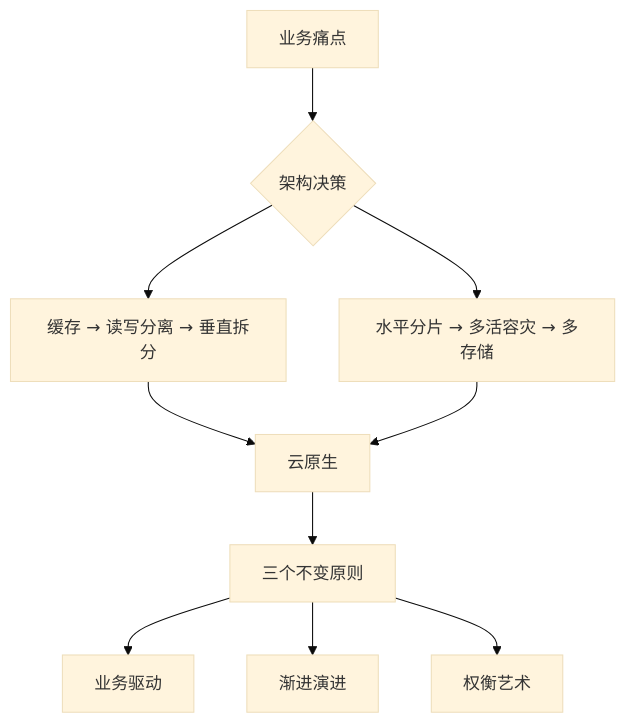
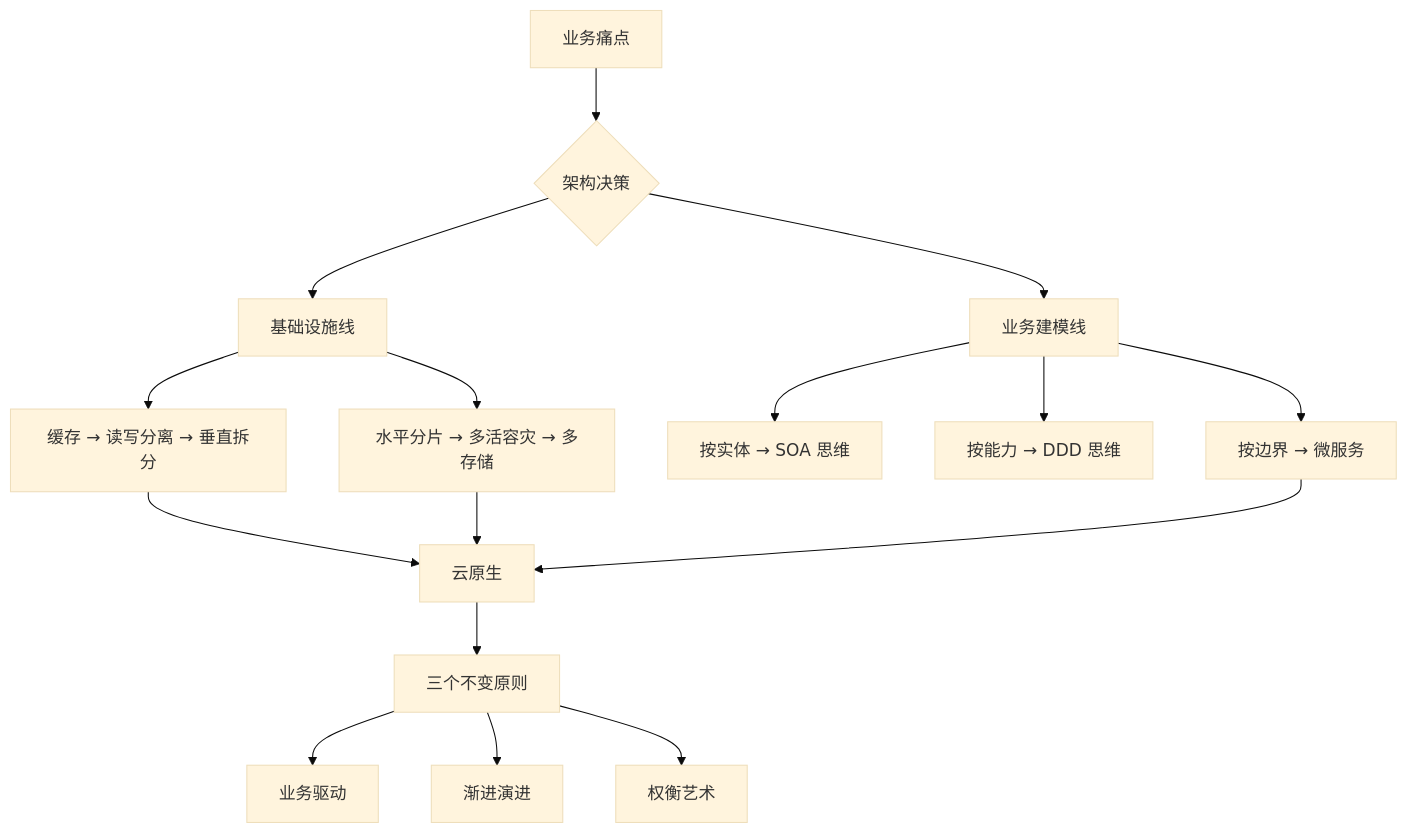
Before and after one commit to wb04307201/wb04307201: the second of 2 diagrams in note/14.story/02-system-architecture-evolution.md, drawn with Mermaid (base theme). The commit also changed other lines of this file and 107 other files, not shown here.

````diff
--- a/note/14.story/02-system-architecture-evolution.md
+++ b/note/14.story/02-system-architecture-evolution.md
@@ -242,12 +362,18 @@
 ```mermaid
 graph TD
     A[业务痛点] --> B{架构决策}
-    B --> C[缓存 → 读写分离 → 垂直拆分]
-    B --> D[水平分片 → 多活容灾 → 多存储]
-    C --> E[云原生]
-    D --> E
+    B --> C[基础设施线]
+    B --> D[业务建模线]
+    C --> C1[缓存 → 读写分离 → 垂直拆分]
+    C --> C2[水平分片 → 多活容灾 → 多存储]
+    D --> D1[按实体 → SOA 思维]
+    D --> D2[按能力 → DDD 思维]
+    D --> D3[按边界 → 微服务]
+    C1 --> E[云原生]
+    C2 --> E
+    D3 --> E
     E --> F[三个不变原则]
     F --> G[业务驱动]
     F --> H[渐进演进]
     F --> I[权衡艺术]
 ```
````
